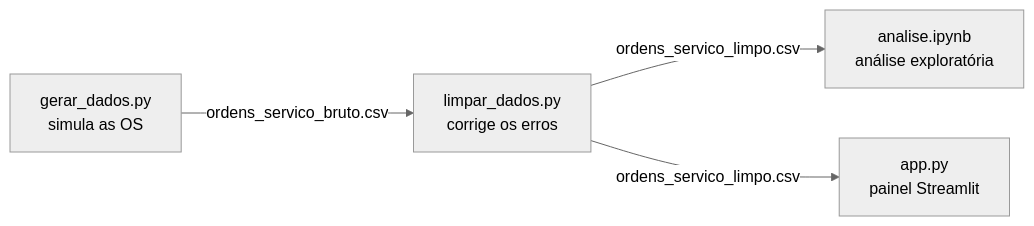
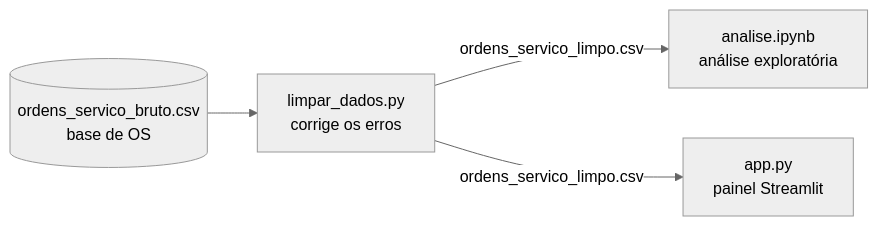
One commit to cherlau/bootcamp-business-inteligence changed the first of 2 diagrams in README.md. Above: the diagram before and after it, drawn with Mermaid (neutral theme). The commit also changed other lines of this file and 1 other file, not shown here.

Commit message:
chore: remove o gerador de dados e mantém a base salva em CSV

````diff
--- a/README.md
+++ b/README.md
@@ -51,6 +50,6 @@
 ```mermaid
 flowchart LR
-    A[gerar_dados.py<br/>simula as OS] -->|ordens_servico_bruto.csv| B[limpar_dados.py<br/>corrige os erros]
+    A[(ordens_servico_bruto.csv<br/>base de OS)] --> B[limpar_dados.py<br/>corrige os erros]
     B -->|ordens_servico_limpo.csv| C[analise.ipynb<br/>análise exploratória]
     B -->|ordens_servico_limpo.csv| D[app.py<br/>painel Streamlit]
 ```
````
